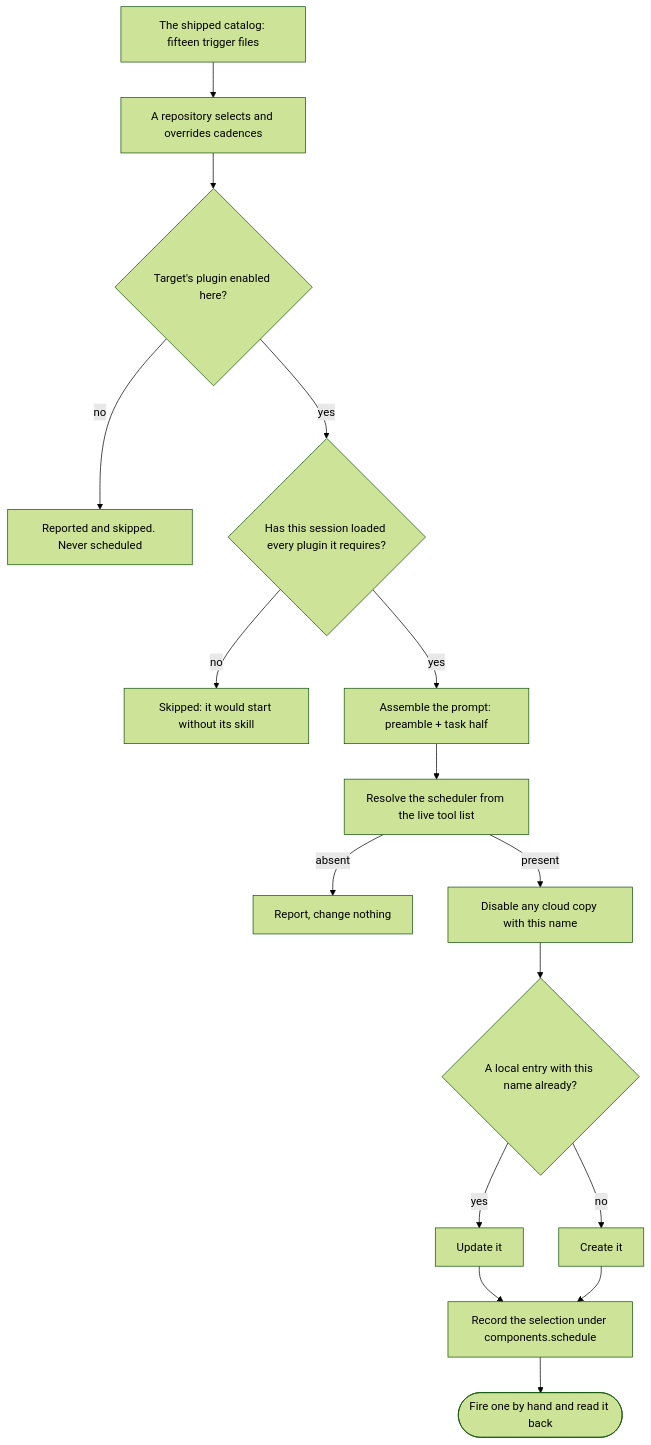
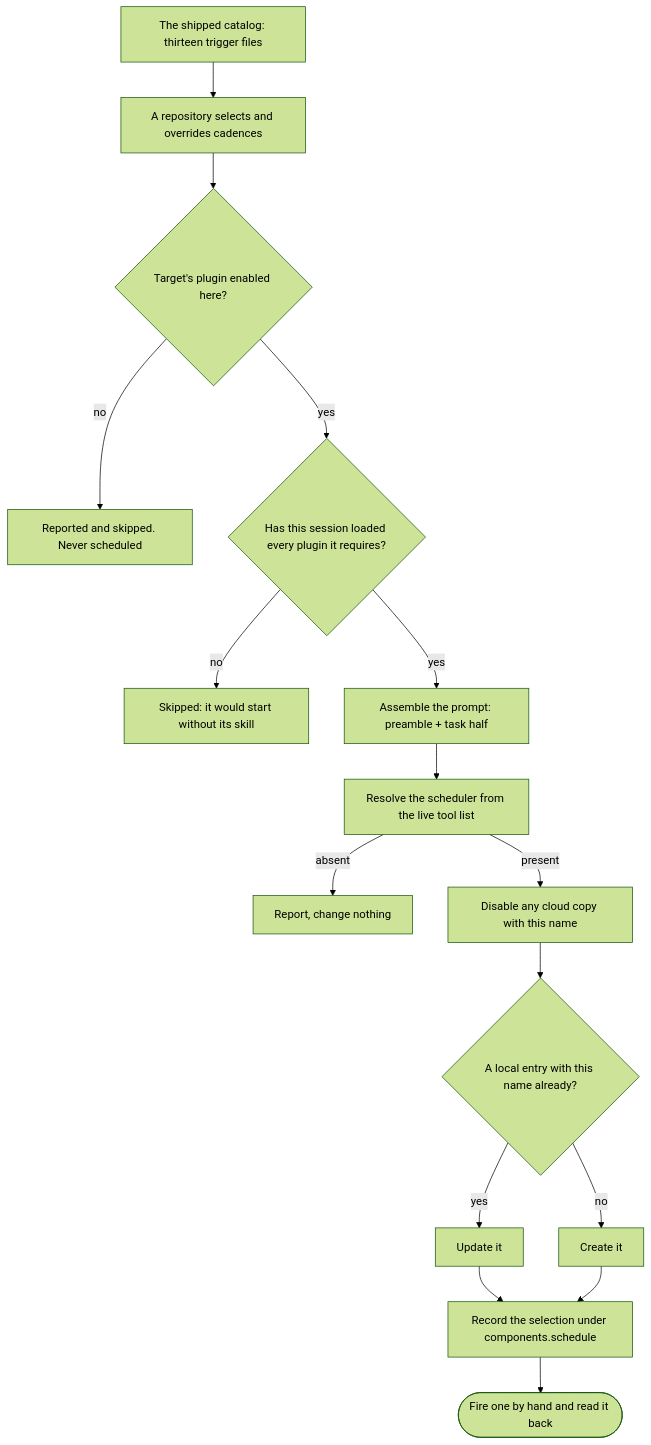
One commit to JSdotNet/devbook changed the second of 2 diagrams in .devbook/arc42/building-blocks/delivery-schedule.md. Above: the diagram before and after it, drawn with Mermaid (forest theme). The commit also changed other lines of this file and 39 other files, not shown here.

````diff
--- a/.devbook/arc42/building-blocks/delivery-schedule.md
+++ b/.devbook/arc42/building-blocks/delivery-schedule.md
@@ -325,18 +328,18 @@
 ```mermaid
 flowchart TD
-    catalog["The shipped catalog: fifteen trigger files"] --> select["A repository selects and overrides cadences"]
+    catalog["The shipped catalog: thirteen trigger files"] --> select["A repository selects and overrides cadences"]
     select --> enabled{"Target's plugin enabled here?"}
     enabled -->|no| skipped["Reported and skipped. Never scheduled"]
     enabled -->|yes| loaded{"Has this session loaded every plugin it requires?"}
     loaded -->|no| refused["Skipped: it would start without its skill"]
     loaded -->|yes| assemble["Assemble the prompt: preamble + task half"]
     assemble --> resolve["Resolve the scheduler from the live tool list"]
     resolve -->|absent| noop["Report, change nothing"]
     resolve -->|present| retire["Disable any cloud copy with this name"]
     retire --> match{"A local entry with this name already?"}
     match -->|yes| update["Update it"]
     match -->|no| create["Create it"]
     update --> stamp["Record the selection under components.schedule"]
     create --> stamp
     stamp --> prove(["Fire one by hand and read it back"])
 ```
````
